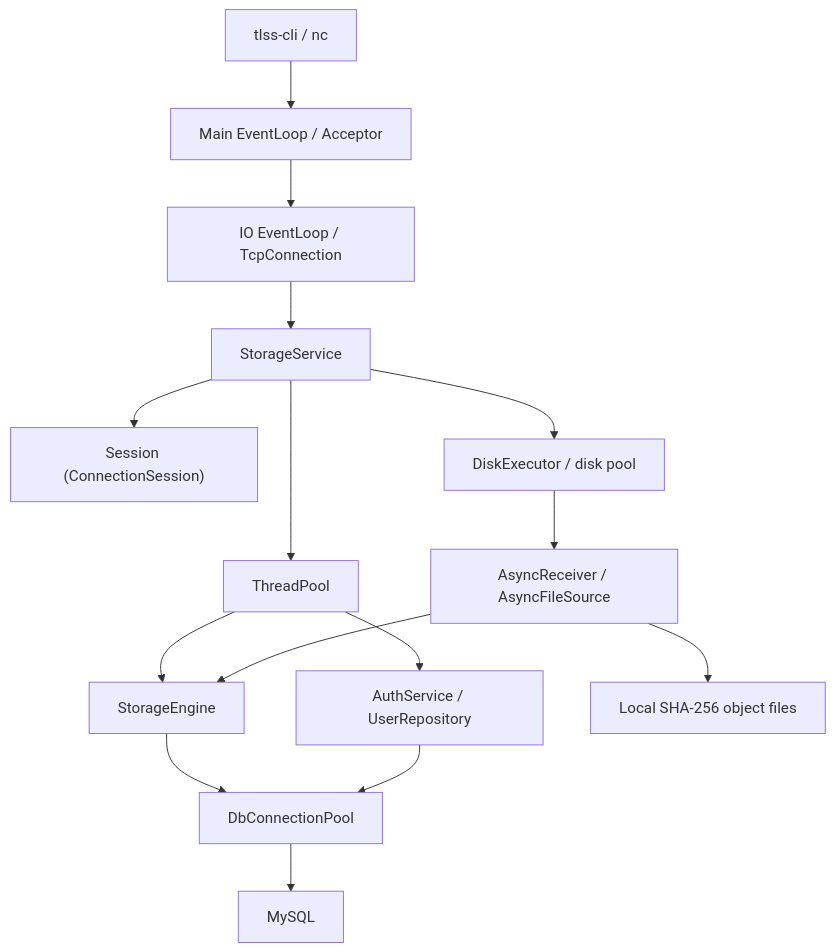
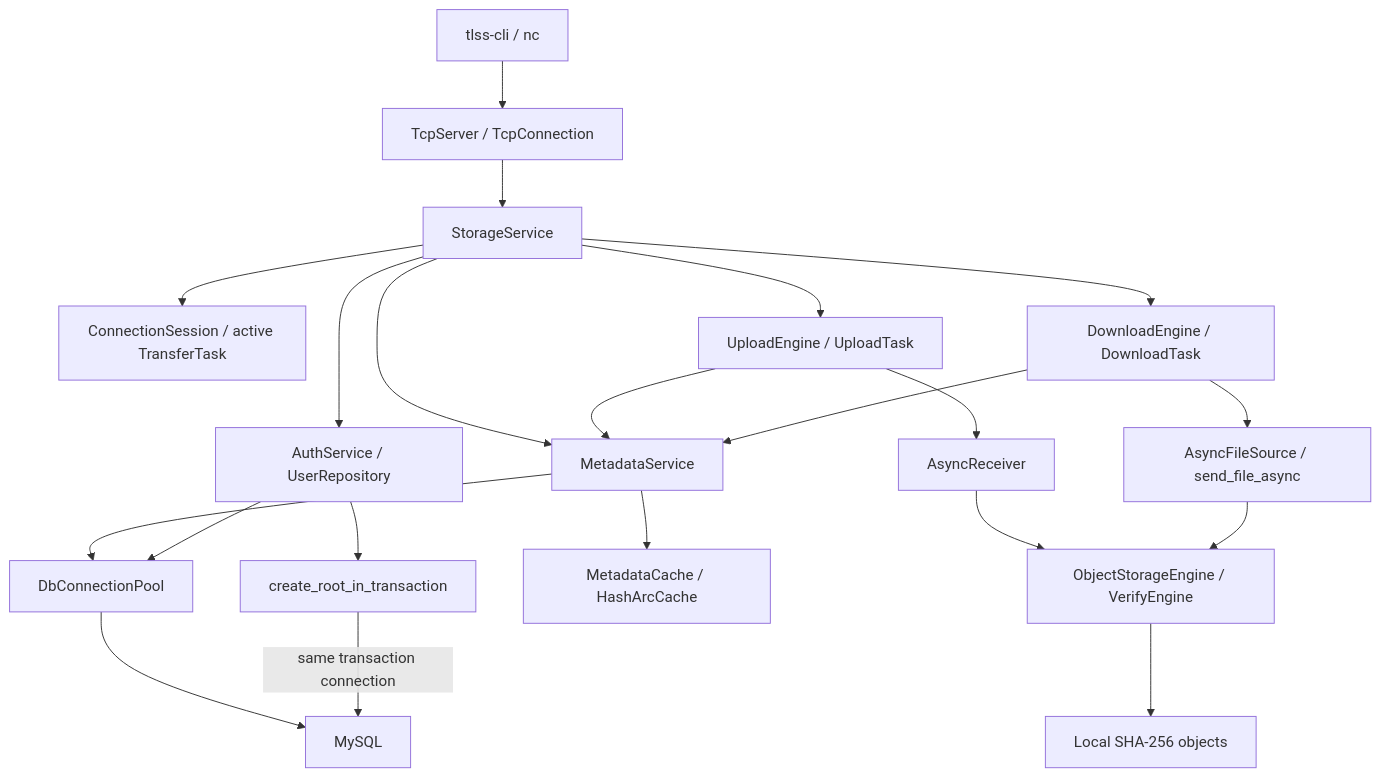
Before and after one commit to ClarkY0505/cpp_TLFSS: the diagram in README.md, drawn with Mermaid. The commit also changed other lines of this file and 1 other file, not shown here.

Commit message:
[doce] : README Regarding Architectural Adjustments

````diff
--- a/README.md
+++ b/README.md
@@ -124,17 +138,23 @@
 ```mermaid
 flowchart TD
-    Client[tlss-cli / nc] --> Acceptor[Main EventLoop / Acceptor]
-    Acceptor --> Connection[IO EventLoop / TcpConnection]
-    Connection --> Service[StorageService]
-    Service --> Workers[ThreadPool]
-    Service --> Session["Session (ConnectionSession)"]
-    Workers --> Engine[StorageEngine]
-    Workers --> Auth[AuthService / UserRepository]
-    Service --> Disk[DiskExecutor / disk pool]
-    Disk --> Transfer[AsyncReceiver / AsyncFileSource]
-    Transfer --> Filesystem[Local SHA-256 object files]
-    Transfer --> Engine
-    Engine --> Pool[DbConnectionPool]
+    Client[tlss-cli / nc] --> Network[TcpServer / TcpConnection]
+    Network --> Service[StorageService]
+    Service --> Session[ConnectionSession / active TransferTask]
+    Service --> Auth[AuthService / UserRepository]
+    Service --> Upload[UploadEngine / UploadTask]
+    Service --> Download[DownloadEngine / DownloadTask]
+    Service --> Metadata[MetadataService]
+    Upload --> Metadata
+    Download --> Metadata
+    Auth --> Root[create_root_in_transaction]
+    Upload --> Receiver[AsyncReceiver]
+    Download --> Source[AsyncFileSource / send_file_async]
+    Receiver --> Objects[ObjectStorageEngine / VerifyEngine]
+    Source --> Objects
+    Objects --> Filesystem[Local SHA-256 objects]
+    Metadata --> Cache[MetadataCache / HashArcCache]
+    Metadata --> Pool[DbConnectionPool]
     Auth --> Pool
     Pool --> MySQL[MySQL]
+    Root -->|same transaction connection| MySQL
 ```
````
